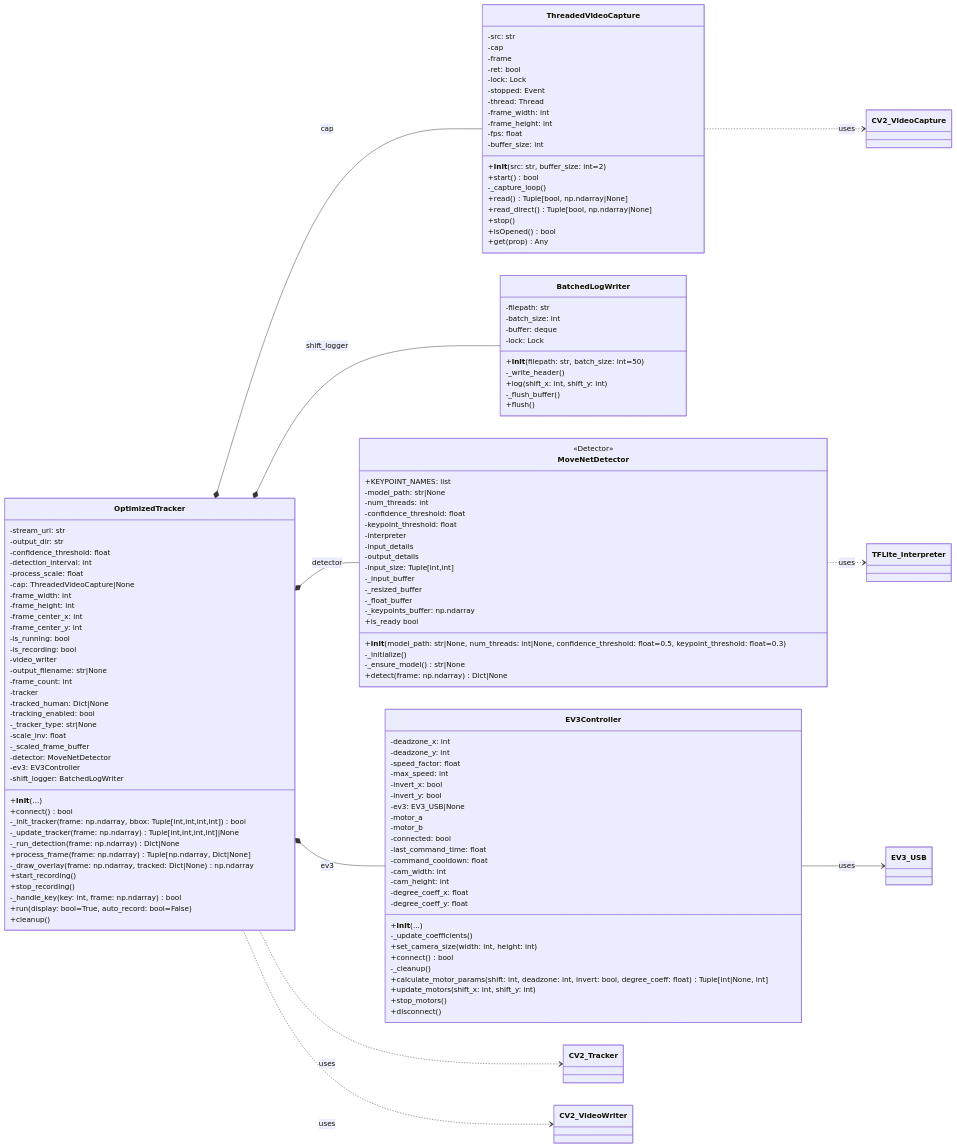
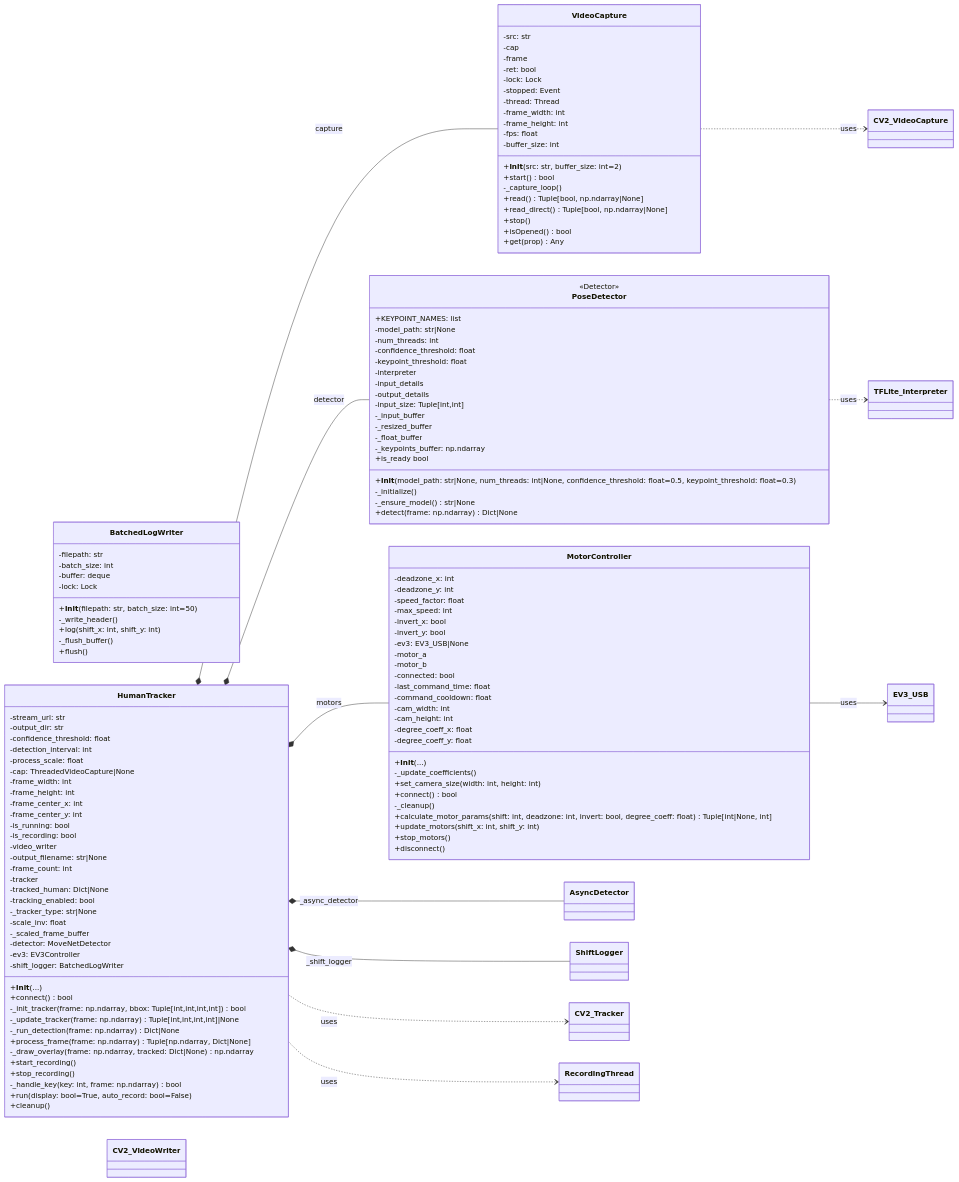
One commit to lordcoudy/piStreamTracker changed the diagram in classDiagram.mmd. Above: the diagram before and after it, drawn with Mermaid. The commit also changed 41 other files, not shown here.

```diff
--- a/classDiagram.mmd
+++ b/classDiagram.mmd
@@ -1,147 +1,148 @@
 classDiagram
 direction LR
 
-class ThreadedVideoCapture {
+class VideoCapture {
   -src: str
   -cap
   -frame
   -ret: bool
   -lock: Lock
   -stopped: Event
   -thread: Thread
   -frame_width: int
   -frame_height: int
   -fps: float
   -buffer_size: int
   +__init__(src: str, buffer_size: int=2)
   +start() bool
   -_capture_loop()
   +read() Tuple[bool, np.ndarray|None]
   +read_direct() Tuple[bool, np.ndarray|None]
   +stop()
   +isOpened() bool
   +get(prop) Any
 }
 
 class BatchedLogWriter {
   -filepath: str
   -batch_size: int
   -buffer: deque
   -lock: Lock
   +__init__(filepath: str, batch_size: int=50)
   -_write_header()
   +log(shift_x: int, shift_y: int)
   -_flush_buffer()
   +flush()
 }
 
-class EV3Controller {
+class MotorController {
   -deadzone_x: int
   -deadzone_y: int
   -speed_factor: float
   -max_speed: int
   -invert_x: bool
   -invert_y: bool
   -ev3: EV3_USB|None
   -motor_a
   -motor_b
   -connected: bool
   -last_command_time: float
   -command_cooldown: float
   -cam_width: int
   -cam_height: int
   -degree_coeff_x: float
   -degree_coeff_y: float
   +__init__(...)
   -_update_coefficients()
   +set_camera_size(width: int, height: int)
   +connect() bool
   -_cleanup()
   +calculate_motor_params(shift: int, deadzone: int, invert: bool, degree_coeff: float) Tuple[int|None, int]
   +update_motors(shift_x: int, shift_y: int)
   +stop_motors()
   +disconnect()
 }
 
-class MoveNetDetector {
+class PoseDetector {
   <<Detector>>
   +KEYPOINT_NAMES: list
   -model_path: str|None
   -num_threads: int
   -confidence_threshold: float
   -keypoint_threshold: float
   -interpreter
   -input_details
   -output_details
   -input_size: Tuple[int,int]
   -_input_buffer
   -_resized_buffer
   -_float_buffer
   -_keypoints_buffer: np.ndarray
   +__init__(model_path: str|None, num_threads: int|None, confidence_threshold: float=0.5, keypoint_threshold: float=0.3)
   -_initialize()
   -_ensure_model() str|None
   +detect(frame: np.ndarray) Dict|None
   +is_ready bool
 }
 
-class OptimizedTracker {
+class HumanTracker {
   -stream_url: str
   -output_dir: str
   -confidence_threshold: float
   -detection_interval: int
   -process_scale: float
   -cap: ThreadedVideoCapture|None
   -frame_width: int
   -frame_height: int
   -frame_center_x: int
   -frame_center_y: int
   -is_running: bool
   -is_recording: bool
   -video_writer
   -output_filename: str|None
   -frame_count: int
   -tracker
   -tracked_human: Dict|None
   -tracking_enabled: bool
   -_tracker_type: str|None
   -scale_inv: float
   -_scaled_frame_buffer
   -detector: MoveNetDetector
   -ev3: EV3Controller
   -shift_logger: BatchedLogWriter
   +__init__(...)
   +connect() bool
   -_init_tracker(frame: np.ndarray, bbox: Tuple[int,int,int,int]) bool
   -_update_tracker(frame: np.ndarray) Tuple[int,int,int,int]|None
   -_run_detection(frame: np.ndarray) Dict|None
   +process_frame(frame: np.ndarray) Tuple[np.ndarray, Dict|None]
   -_draw_overlay(frame: np.ndarray, tracked: Dict|None) np.ndarray
   +start_recording()
   +stop_recording()
   -_handle_key(key: int, frame: np.ndarray) bool
   +run(display: bool=True, auto_record: bool=False)
   +cleanup()
 }
 
 class EV3_USB
 
 %% Relationships / dependencies
-OptimizedTracker *-- ThreadedVideoCapture : cap
-OptimizedTracker *-- MoveNetDetector : detector
-OptimizedTracker *-- EV3Controller : ev3
-OptimizedTracker *-- BatchedLogWriter : shift_logger
+HumanTracker *-- VideoCapture : capture
+HumanTracker *-- PoseDetector : detector
+HumanTracker *-- AsyncDetector : _async_detector
+HumanTracker *-- MotorController : motors
+HumanTracker *-- ShiftLogger : _shift_logger
 
-EV3Controller --> EV3_USB : uses
+MotorController --> EV3_USB : uses
 
 %% External libs (implicit)
 
 class CV2_VideoCapture
 class CV2_Tracker
 class CV2_VideoWriter
 class TFLite_Interpreter
 
-ThreadedVideoCapture ..> CV2_VideoCapture : uses
-MoveNetDetector ..> TFLite_Interpreter : uses
-OptimizedTracker ..> CV2_Tracker : uses
-OptimizedTracker ..> CV2_VideoWriter : uses
+VideoCapture ..> CV2_VideoCapture : uses
+PoseDetector ..> TFLite_Interpreter : uses
+HumanTracker ..> CV2_Tracker : uses
+HumanTracker ..> RecordingThread : uses
```
